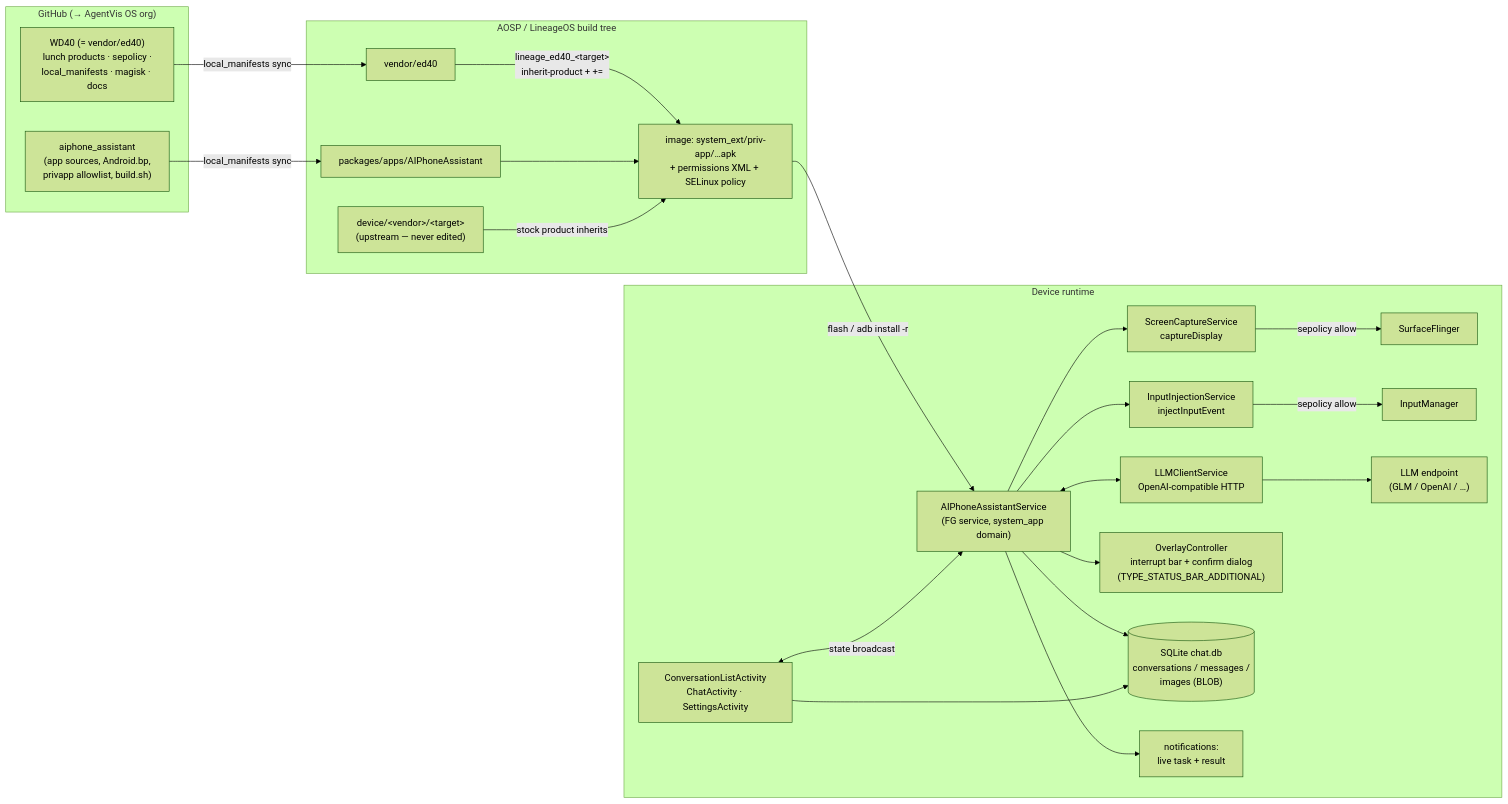
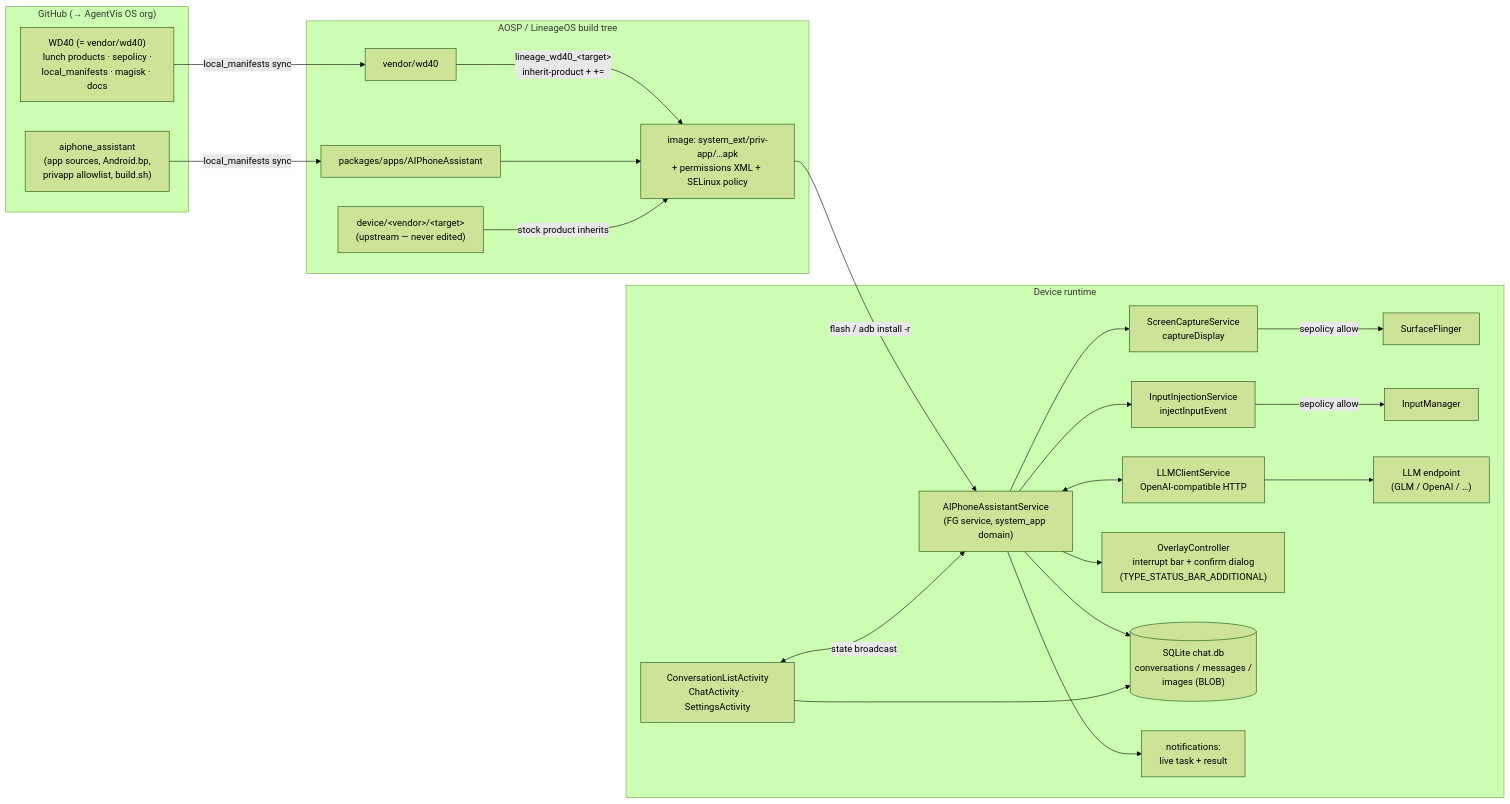
One commit to AgentVis-OS/WD40 changed the second of 3 diagrams in docs/architecture.md. Above: the diagram before and after it, drawn with Mermaid (forest theme). The commit also changed other lines of this file and 8 other files, not shown here.

````diff
--- a/docs/architecture.md
+++ b/docs/architecture.md
@@ -38,44 +38,44 @@
 ```mermaid
 flowchart LR
     subgraph repos["GitHub (→ AgentVis OS org)"]
         APP["aiphone_assistant<br/>(app sources, Android.bp,<br/>privapp allowlist, build.sh)"]
-        WD["WD40 (= vendor/ed40)<br/>lunch products · sepolicy ·<br/>local_manifests · magisk · docs"]
+        WD["WD40 (= vendor/wd40)<br/>lunch products · sepolicy ·<br/>local_manifests · magisk · docs"]
     end
 
     subgraph tree["AOSP / LineageOS build tree"]
         P["packages/apps/AIPhoneAssistant"]
-        V["vendor/ed40"]
+        V["vendor/wd40"]
         D["device/&lt;vendor&gt;/&lt;target&gt;<br/>(upstream — never edited)"]
         IMG["image: system_ext/priv-app/…apk<br/>+ permissions XML + SELinux policy"]
     end
 
     APP -->|local_manifests sync| P
     WD -->|local_manifests sync| V
-    V -->|"lineage_ed40_&lt;target&gt;<br/>inherit-product + += "| IMG
+    V -->|"lineage_wd40_&lt;target&gt;<br/>inherit-product + += "| IMG
     P --> IMG
     D -->|stock product inherits| IMG
 
     subgraph device["Device runtime"]
         SVC["AIPhoneAssistantService<br/>(FG service, system_app domain)"]
         CAP["ScreenCaptureService<br/>captureDisplay"]
         INJ["InputInjectionService<br/>injectInputEvent"]
         LLM["LLMClientService<br/>OpenAI-compatible HTTP"]
         UI["ConversationListActivity<br/>ChatActivity · SettingsActivity"]
         OV["OverlayController<br/>interrupt bar + confirm dialog<br/>(TYPE_STATUS_BAR_ADDITIONAL)"]
         DB[("SQLite chat.db<br/>conversations / messages /<br/>images (BLOB)")]
         NTF["notifications:<br/>live task + result"]
         SF["SurfaceFlinger"]
         IM["InputManager"]
         CLOUD["LLM endpoint<br/>(GLM / OpenAI / …)"]
     end
 
     IMG -->|flash / adb install -r| SVC
     SVC --> CAP -->|"sepolicy allow"| SF
     SVC --> INJ -->|"sepolicy allow"| IM
     SVC <--> LLM --> CLOUD
     SVC --> OV
     SVC --> DB
     SVC --> NTF
     UI <-->|state broadcast| SVC
     UI --> DB
 ```
````
